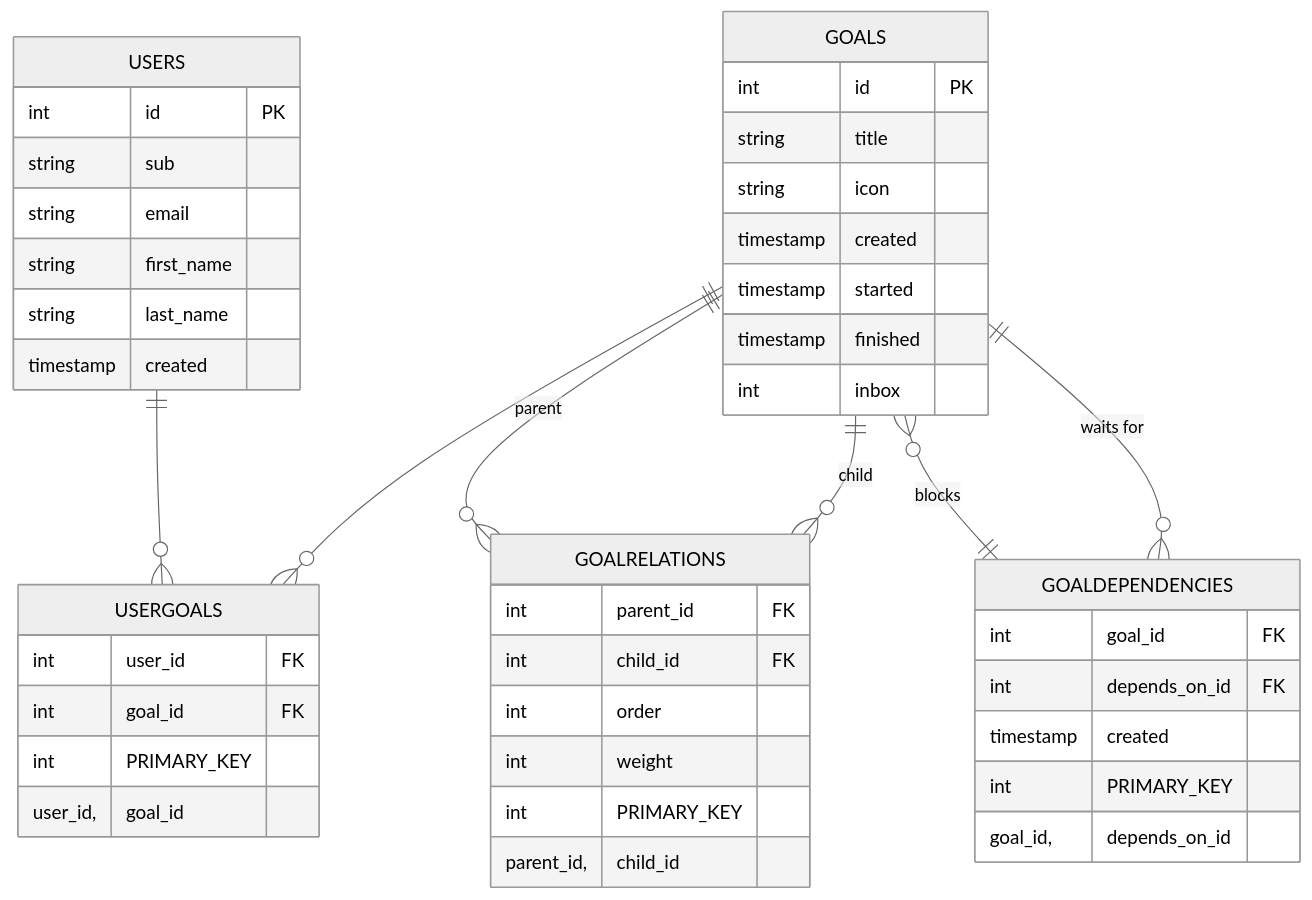
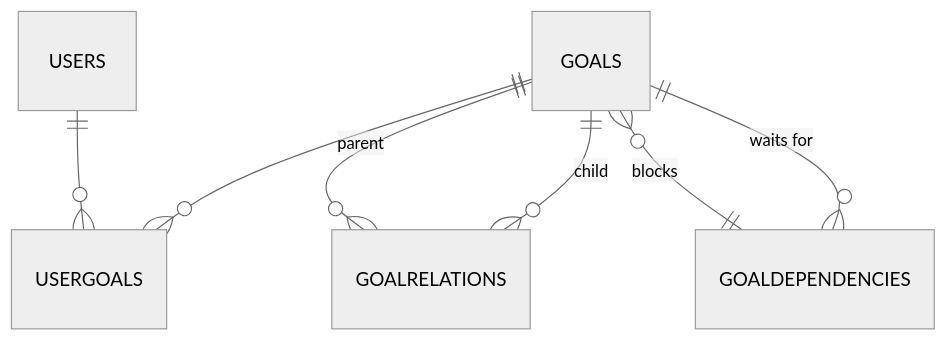
Before and after one commit to simonbrundin/plan: the diagram in README.md, drawn with Mermaid (neutral theme). The commit also changed other lines of this file, not shown here.

Commit message:
fix: add detailed column table with SQL types alongside diagram

````diff
--- a/README.md
+++ b/README.md
@@ -15,44 +15,9 @@
 ```mermaid
 erDiagram
-    USERS {
-        int id PK
-        string sub
-        string email
-        string first_name
-        string last_name
-        timestamp created
-    }
-    GOALS {
-        int id PK
-        string title
-        string icon
-        timestamp created
-        timestamp started
-        timestamp finished
-        int inbox
-    }
-    USERGOALS {
-        int user_id FK
-        int goal_id FK
-        int PRIMARY_KEY user_id, goal_id
-    }
-    GOALRELATIONS {
-        int parent_id FK
-        int child_id FK
-        int order
-        int weight
-        int PRIMARY_KEY parent_id, child_id
-    }
-    GOALDEPENDENCIES {
-        int goal_id FK
-        int depends_on_id FK
-        timestamp created
-        int PRIMARY_KEY goal_id, depends_on_id
-    }
     USERS ||--o{ USERGOALS : ""
     GOALS ||--o{ USERGOALS : ""
     GOALS ||--o{ GOALRELATIONS : "parent"
     GOALS ||--o{ GOALRELATIONS : "child"
     GOALDEPENDENCIES }o--|| GOALS : "waits for"
     GOALS }o--|| GOALDEPENDENCIES : "blocks"
 ```
````
